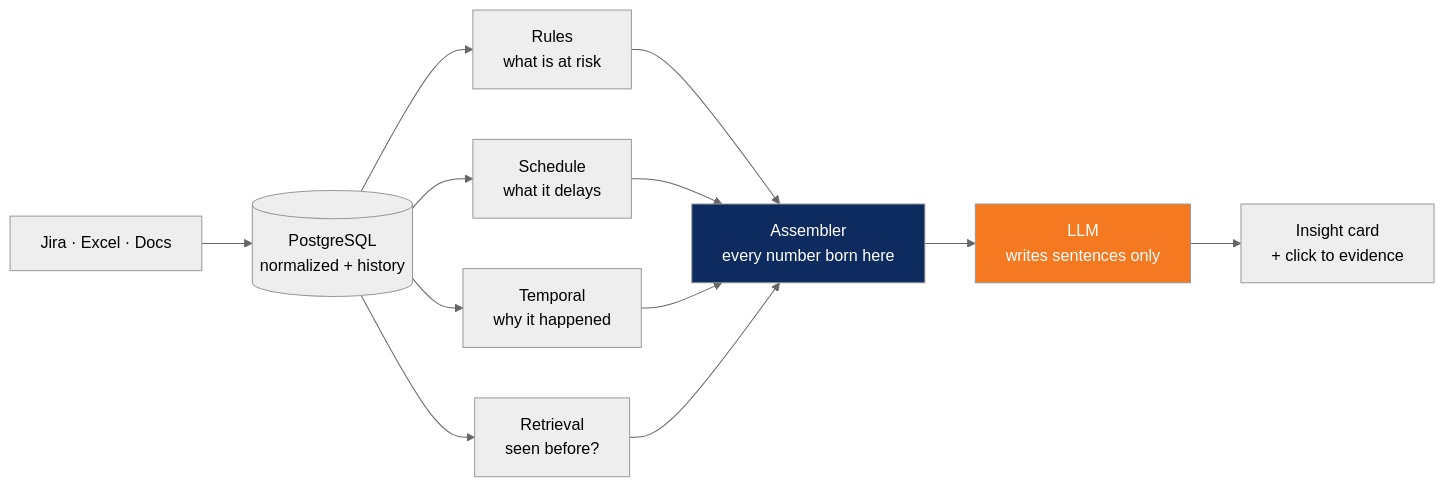
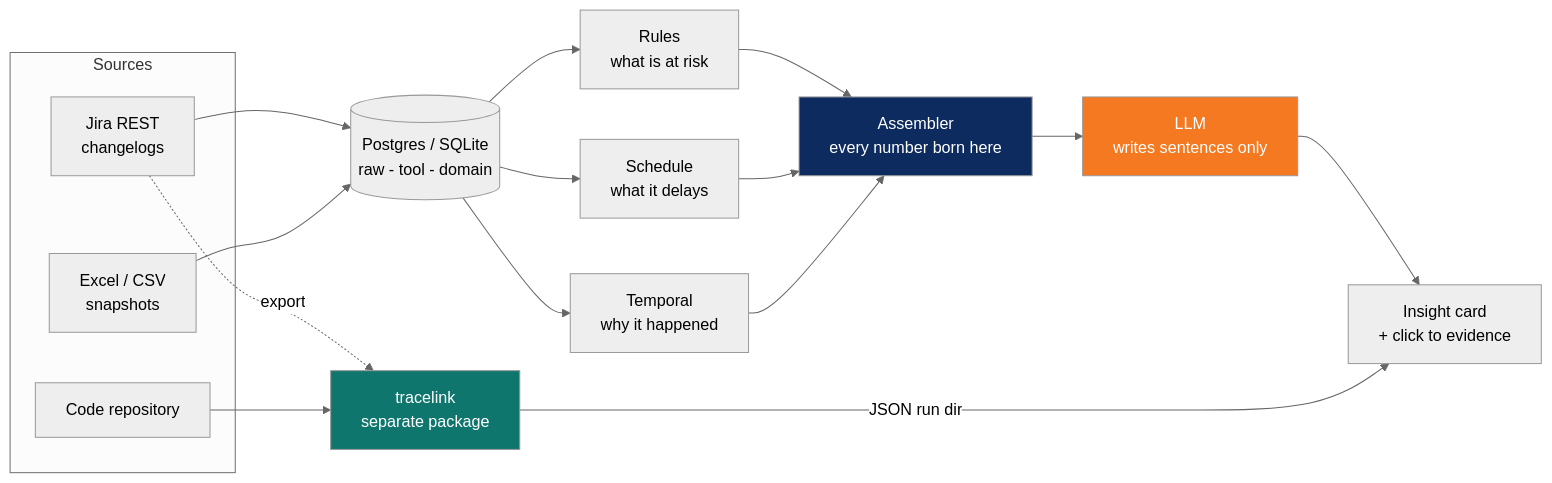
The first of 2 diagrams in ProjectPulseAI_Architecture.md (susPotato/projectpulse), drawn with Mermaid (neutral theme) before and after one commit. The commit also changed other lines of this file and 2 other files, not shown here.

First line of the commit message:
The architecture document describes the application that exists

````diff
--- a/ProjectPulseAI_Architecture.md
+++ b/ProjectPulseAI_Architecture.md
@@ -17,16 +34,26 @@
 ```mermaid
 flowchart LR
-    SRC[Jira · Excel · Docs] --> DB[(PostgreSQL<br/>normalized + history)]
+    subgraph IN[Sources]
+      J[Jira REST<br/>changelogs]
+      X[Excel / CSV<br/>snapshots]
+      G[Code repository]
+    end
+
+    J & X --> DB[(Postgres / SQLite<br/>raw - tool - domain)]
 
     DB --> R[Rules<br/>what is at risk]
     DB --> S[Schedule<br/>what it delays]
     DB --> T[Temporal<br/>why it happened]
-    DB --> P[Retrieval<br/>seen before?]
 
-    R & S & T & P --> A[Assembler<br/>every number born here]
+    R & S & T --> A[Assembler<br/>every number born here]
     A --> L[LLM<br/>writes sentences only]
     L --> UI[Insight card<br/>+ click to evidence]
 
+    J -.export.-> TL[tracelink<br/>separate package]
+    G --> TL
+    TL -->|JSON run dir| UI
+
     style A fill:#0D2B5E,color:#fff
     style L fill:#F47920,color:#fff
+    style TL fill:#0F766E,color:#fff
 ```
````
